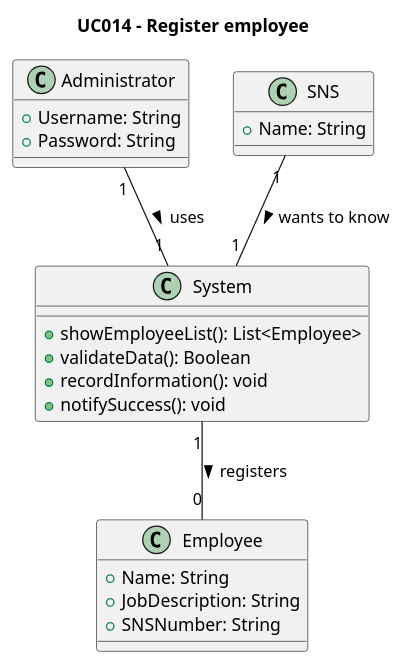
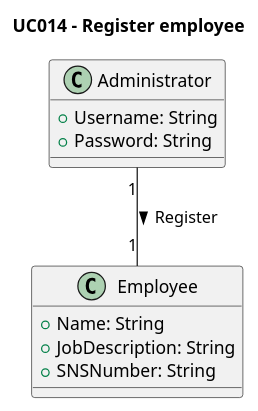
Before and after one commit to franciscomaia097/ProjectoPDS: the diagram in sns-base/doc/global/use-cases/UC014/ucd-UCD014.puml, drawn with PlantUML. The commit also changed 13 other files, not shown here.

Commit message:
Fixed UML Models, added Registe User classes

```diff
--- a/sns-base/doc/global/use-cases/UC014/ucd-UCD014.puml
+++ b/sns-base/doc/global/use-cases/UC014/ucd-UCD014.puml
@@ -1,35 +1,25 @@
 @startuml
 'skinparam monochrome true
 'skinparam shadowing false
 
 title UC014 - Register employee
 
 class Administrator {
     +Username: String
     +Password: String
 }
 
-class SNS {
-    +Name: String
-}
 
-class System {
-    +showEmployeeList(): List<Employee>
-    +validateData(): Boolean
-    +recordInformation(): void
-    +notifySuccess(): void
-}
+
 
 class Employee {
     +Name: String
     +JobDescription: String
     +SNSNumber: String
 }
 
 ' Relationships
-Administrator "1" -- "1" System : uses >
-SNS "1" -- "1" System : wants to know >
-System "1" -- "0" Employee : registers >
+Administrator "1" -- "1" Employee : Register >
 
 
 @enduml
```
